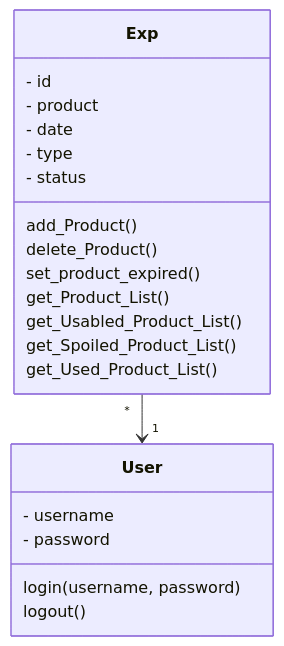
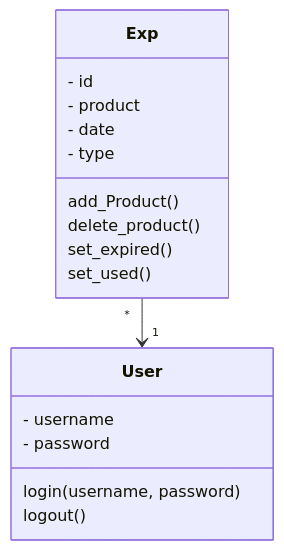
Before and after one commit to Eoyie/ot-harjoitustyo: the diagram in dokumentaatio/arkkitehtuuri.md, drawn with Mermaid. The commit also changed other lines of this file, not shown here.

````diff
--- a/dokumentaatio/arkkitehtuuri.md
+++ b/dokumentaatio/arkkitehtuuri.md
@@ -14,24 +14,20 @@
 ```mermaid
   classDiagram
     Exp "*" --> "1" User
     class Exp{
         - id
         - product
         - date
         - type
-        - status
         add_Product()
-        delete_Product()
-        set_product_expired()
-        get_Product_List()
-        get_Usabled_Product_List()
-        get_Spoiled_Product_List()
-        get_Used_Product_List()
+        delete_product()
+        set_expired()
+        set_used()
      }
      class User{
         - username
         - password
         login(username, password)
         logout()
      }
 ```
````
